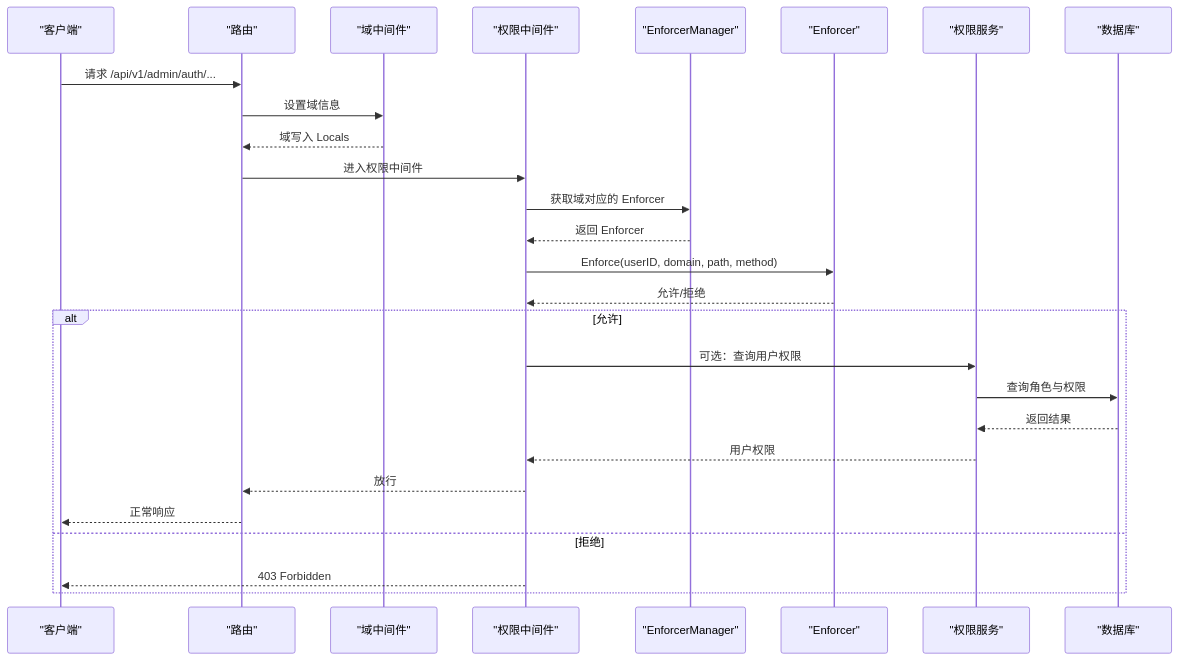
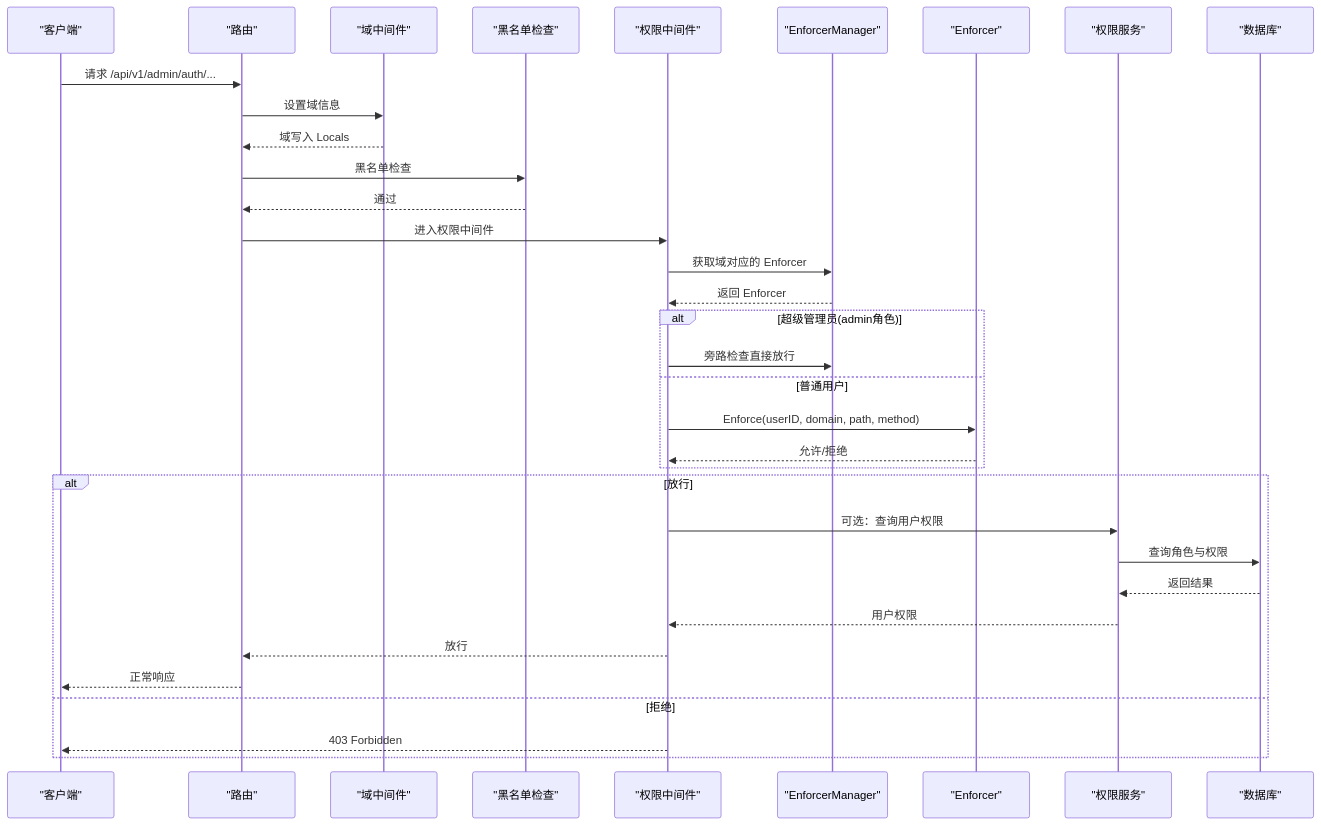
Before and after one commit to wuwuseo/e-sports-go-admin: the second of 6 diagrams in .qoder/repowiki/zh/content/核心模块/权限控制模块.md, drawn with Mermaid. The commit also changed other lines of this file and 42 other files, not shown here.

````diff
--- a/.qoder/repowiki/zh/content/核心模块/权限控制模块.md
+++ b/.qoder/repowiki/zh/content/核心模块/权限控制模块.md
@@ -105,29 +118,36 @@
 ```mermaid
 sequenceDiagram
 participant Client as "客户端"
 participant Router as "路由"
 participant DomainMW as "域中间件"
+participant BL as "黑名单检查"
 participant PermMW as "权限中间件"
 participant EM as "EnforcerManager"
 participant Enforcer as "Enforcer"
 participant Svc as "权限服务"
 participant DB as "数据库"
 Client->>Router : 请求 /api/v1/admin/auth/...
 Router->>DomainMW : 设置域信息
 DomainMW-->>Router : 域写入 Locals
+Router->>BL : 黑名单检查
+BL-->>Router : 通过
 Router->>PermMW : 进入权限中间件
 PermMW->>EM : 获取域对应的 Enforcer
 EM-->>PermMW : 返回 Enforcer
+alt 超级管理员(admin角色)
+PermMW->>EM : 旁路检查直接放行
+else 普通用户
 PermMW->>Enforcer : Enforce(userID, domain, path, method)
 Enforcer-->>PermMW : 允许/拒绝
-alt 允许
+end
+alt 放行
 PermMW->>Svc : 可选：查询用户权限
 Svc->>DB : 查询角色与权限
 DB-->>Svc : 返回结果
 Svc-->>PermMW : 用户权限
 PermMW-->>Router : 放行
 Router-->>Client : 正常响应
 else 拒绝
 PermMW-->>Client : 403 Forbidden
 end
 ```
````
